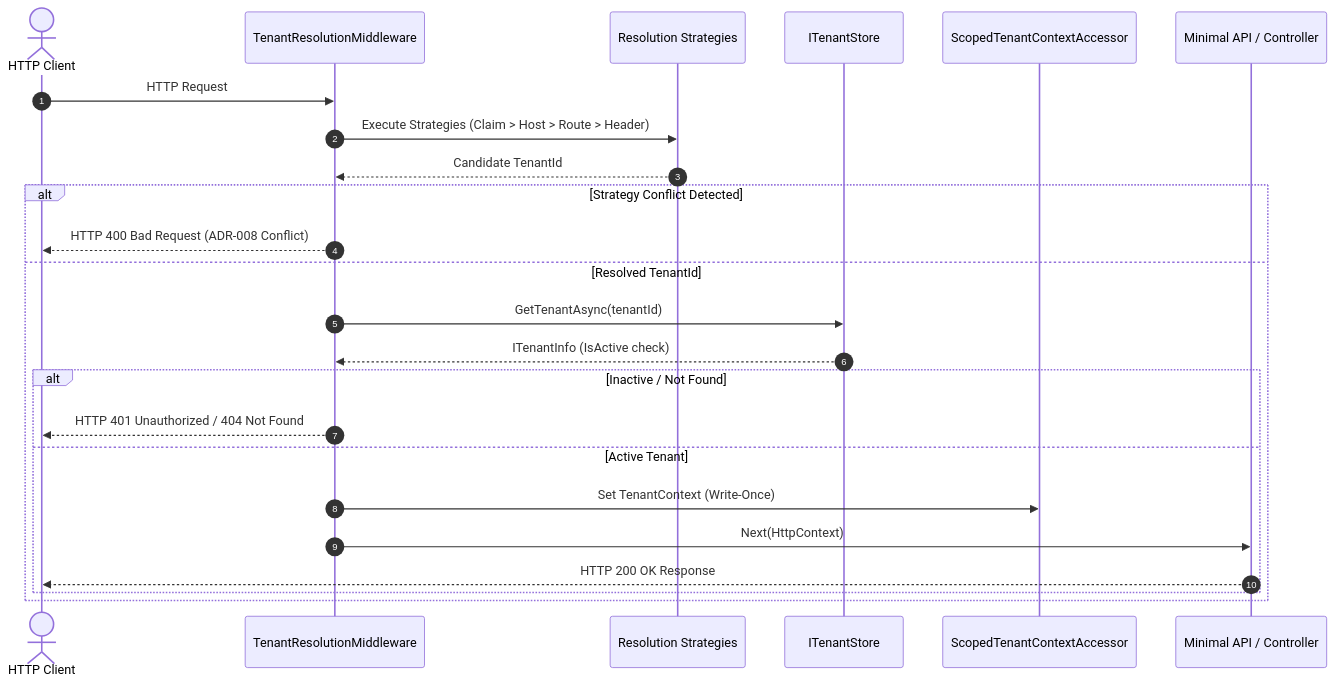
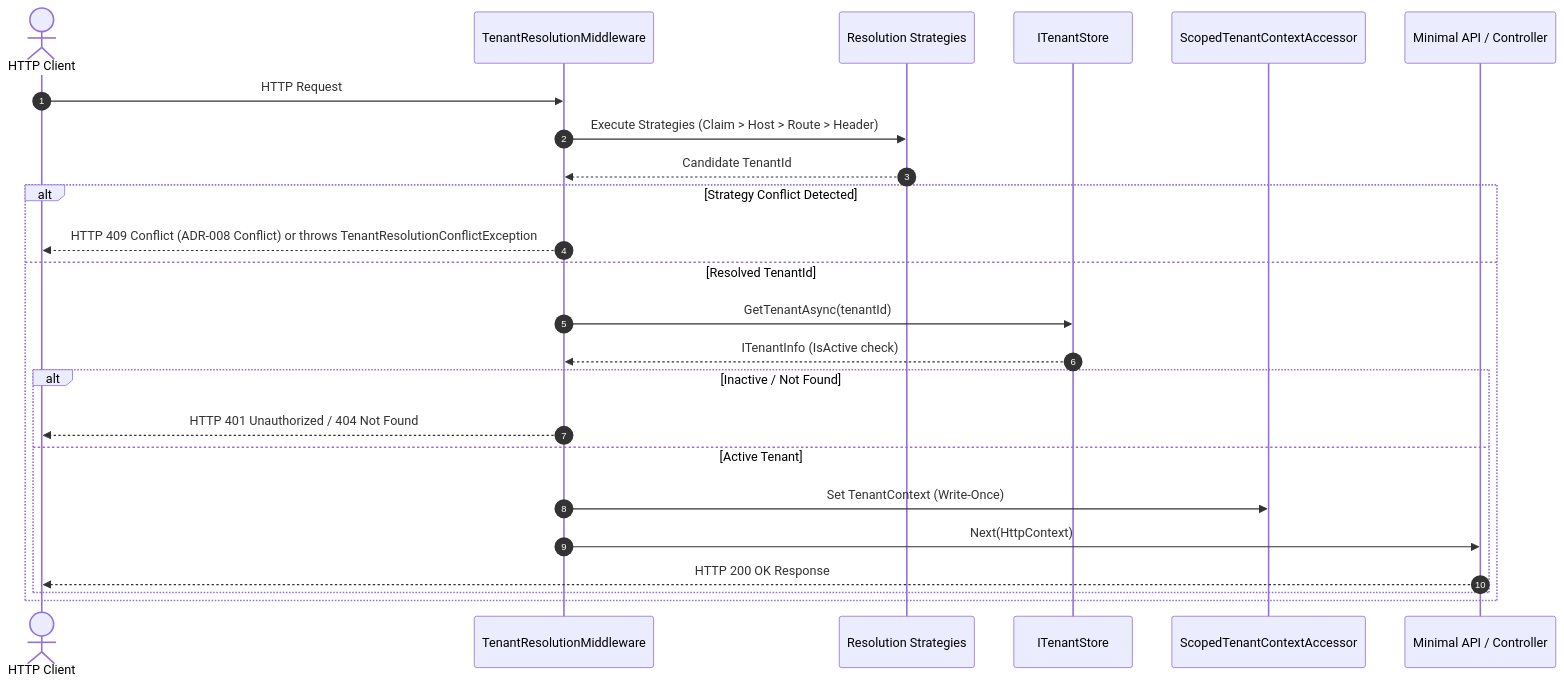
One commit to ericksonlopezf/dotnet-multitenancy changed the second of 4 diagrams in README.md. Above: the diagram before and after it, drawn with Mermaid. The commit also changed other lines of this file and 230 other files, not shown here.

````diff
--- a/README.md
+++ b/README.md
@@ -823,28 +955,28 @@
 ```mermaid
 sequenceDiagram
     autonumber
     actor Client as HTTP Client
     participant MW as TenantResolutionMiddleware
     participant Strat as Resolution Strategies
     participant Store as ITenantStore
     participant Acc as ScopedTenantContextAccessor
     participant Endpoint as Minimal API / Controller
 
     Client->>MW: HTTP Request
     MW->>Strat: Execute Strategies (Claim > Host > Route > Header)
     Strat-->>MW: Candidate TenantId
     
     alt Strategy Conflict Detected
-        MW-->>Client: HTTP 400 Bad Request (ADR-008 Conflict)
+        MW-->>Client: HTTP 409 Conflict (ADR-008 Conflict) or throws TenantResolutionConflictException
     else Resolved TenantId
         MW->>Store: GetTenantAsync(tenantId)
         Store-->>MW: ITenantInfo (IsActive check)
         alt Inactive / Not Found
             MW-->>Client: HTTP 401 Unauthorized / 404 Not Found
         else Active Tenant
             MW->>Acc: Set TenantContext (Write-Once)
             MW->>Endpoint: Next(HttpContext)
             Endpoint-->>Client: HTTP 200 OK Response
         end
     end
 ```
````
